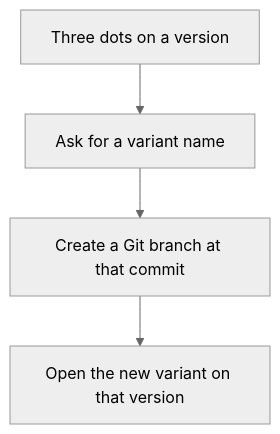
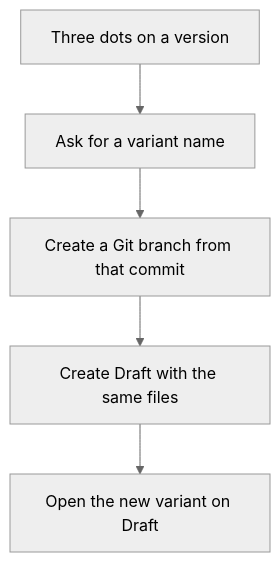
The sixth of 14 diagrams in docs/user-flows.md (IsmailBiswas/lines), drawn with Mermaid (neutral theme) before and after one commit. The commit also changed other lines of this file and 22 other files, not shown here.

````diff
--- a/docs/user-flows.md
+++ b/docs/user-flows.md
@@ -136,9 +136,10 @@
 ```mermaid
 flowchart TD
   menu[Three dots on a version]
   name[Ask for a variant name]
-  branch[Create a Git branch at that commit]
-  open[Open the new variant on that version]
+  branch[Create a Git branch from that commit]
+  draft[Create Draft with the same files]
+  open[Open the new variant on Draft]
 
-  menu --> name --> branch --> open
+  menu --> name --> branch --> draft --> open
 ```
````
